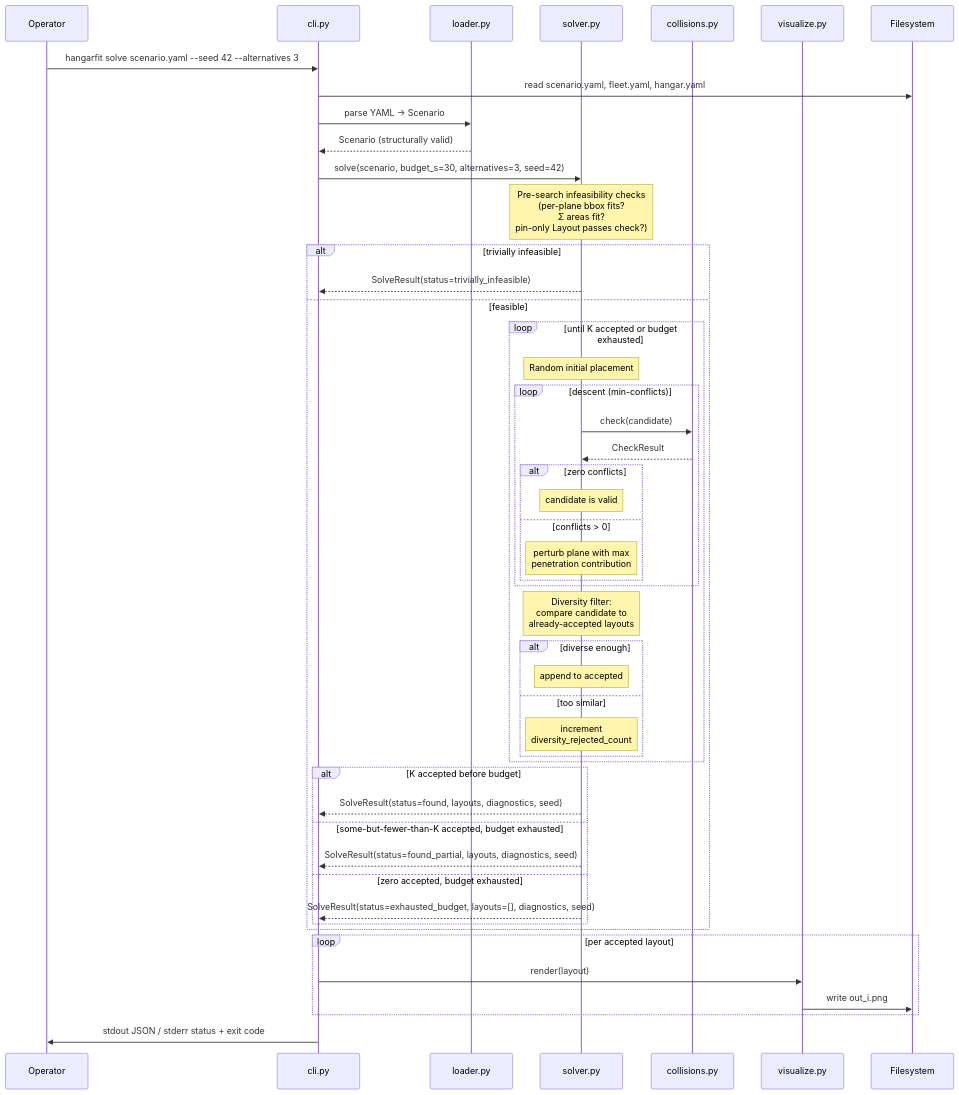
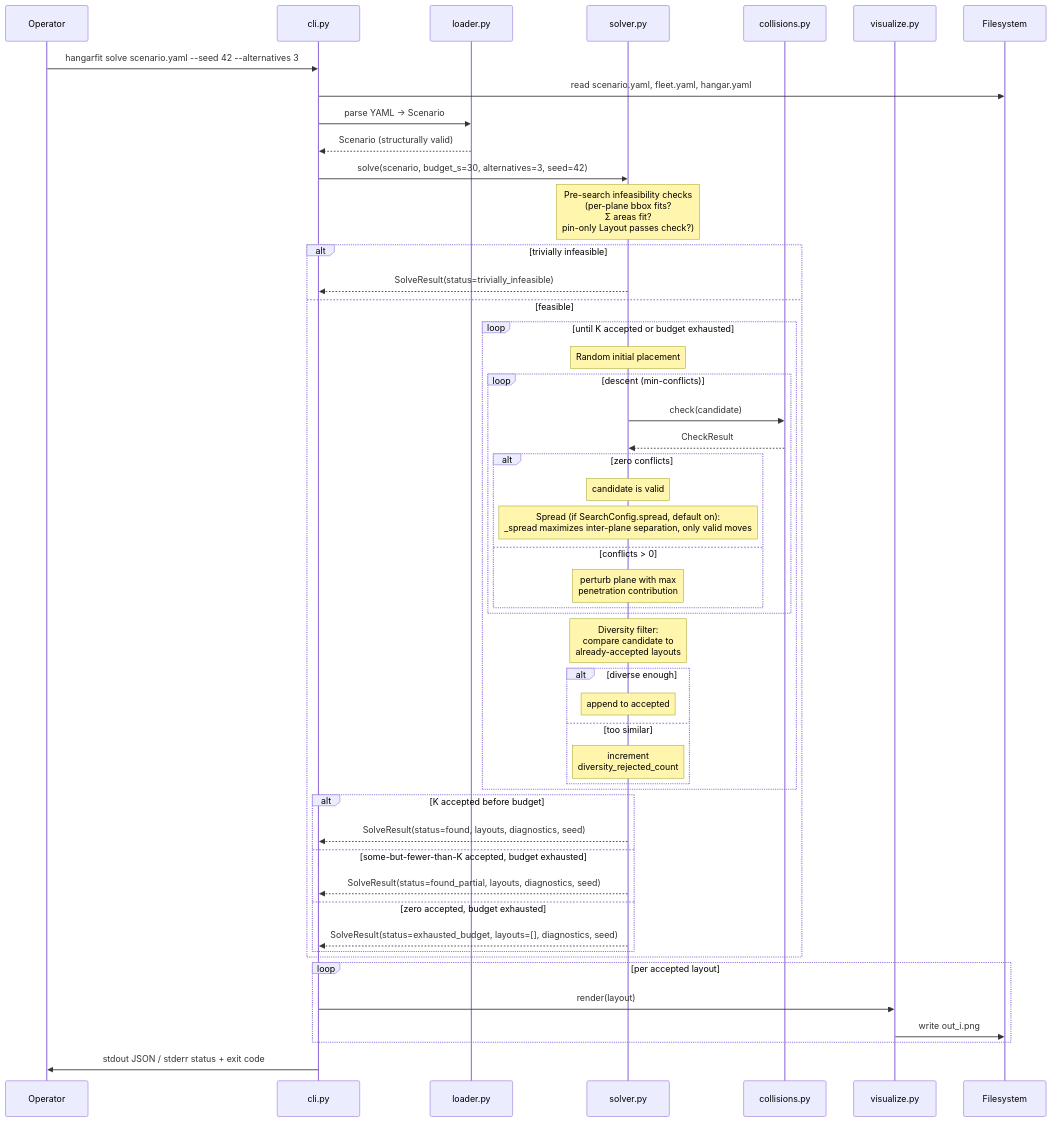
Before and after one commit to DocGerd/hangarfit: the second of 2 diagrams in docs/architecture/06-runtime-view.md, drawn with Mermaid. The commit also changed other lines of this file and 17 other files, not shown here.

First line of the commit message:
Solver: maximize inter-plane gap (spread) post-pass (#205)

````diff
--- a/docs/architecture/06-runtime-view.md
+++ b/docs/architecture/06-runtime-view.md
@@ -61,53 +61,54 @@
 ```mermaid
 sequenceDiagram
     participant Op as Operator
     participant CLI as cli.py
     participant Loader as loader.py
     participant Solver as solver.py
     participant Coll as collisions.py
     participant Viz as visualize.py
     participant FS as Filesystem
 
     Op->>CLI: hangarfit solve scenario.yaml --seed 42 --alternatives 3
     CLI->>FS: read scenario.yaml, fleet.yaml, hangar.yaml
     CLI->>Loader: parse YAML → Scenario
     Loader-->>CLI: Scenario (structurally valid)
 
     CLI->>Solver: solve(scenario, budget_s=30, alternatives=3, seed=42)
     Note over Solver: Pre-search infeasibility checks<br/>(per-plane bbox fits?<br/>Σ areas fit?<br/>pin-only Layout passes check?)
     alt trivially infeasible
         Solver-->>CLI: SolveResult(status=trivially_infeasible)
     else feasible
         loop until K accepted or budget exhausted
             Note over Solver: Random initial placement
             loop descent (min-conflicts)
                 Solver->>Coll: check(candidate)
                 Coll-->>Solver: CheckResult
                 alt zero conflicts
                     Note over Solver: candidate is valid
+                    Note over Solver: Spread (if SearchConfig.spread, default on):<br/>_spread maximizes inter-plane separation, only valid moves
                 else conflicts > 0
                     Note over Solver: perturb plane with max<br/>penetration contribution
                 end
             end
             Note over Solver: Diversity filter:<br/>compare candidate to<br/>already-accepted layouts
             alt diverse enough
                 Note over Solver: append to accepted
             else too similar
                 Note over Solver: increment<br/>diversity_rejected_count
             end
         end
         alt K accepted before budget
             Solver-->>CLI: SolveResult(status=found, layouts, diagnostics, seed)
         else some-but-fewer-than-K accepted, budget exhausted
             Solver-->>CLI: SolveResult(status=found_partial, layouts, diagnostics, seed)
         else zero accepted, budget exhausted
             Solver-->>CLI: SolveResult(status=exhausted_budget, layouts=[], diagnostics, seed)
         end
     end
 
     loop per accepted layout
         CLI->>Viz: render(layout)
         Viz->>FS: write out_i.png
     end
     CLI->>Op: stdout JSON / stderr status + exit code
 ```
````
